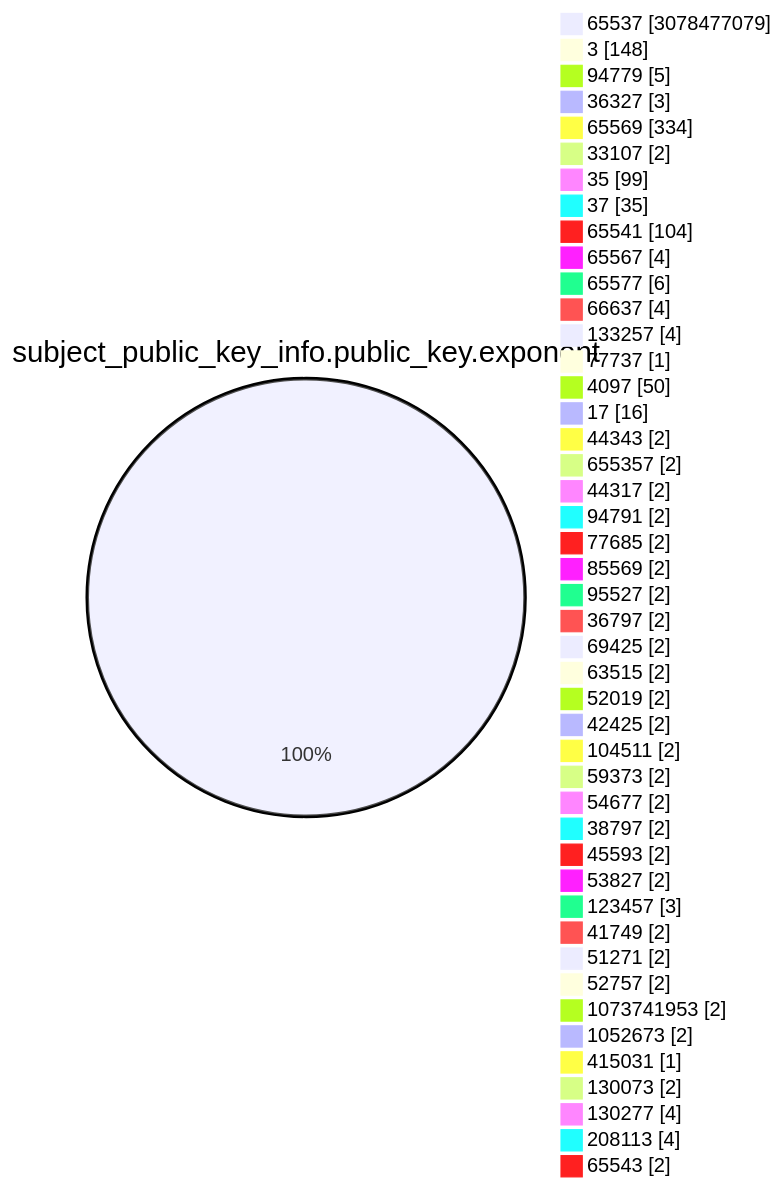
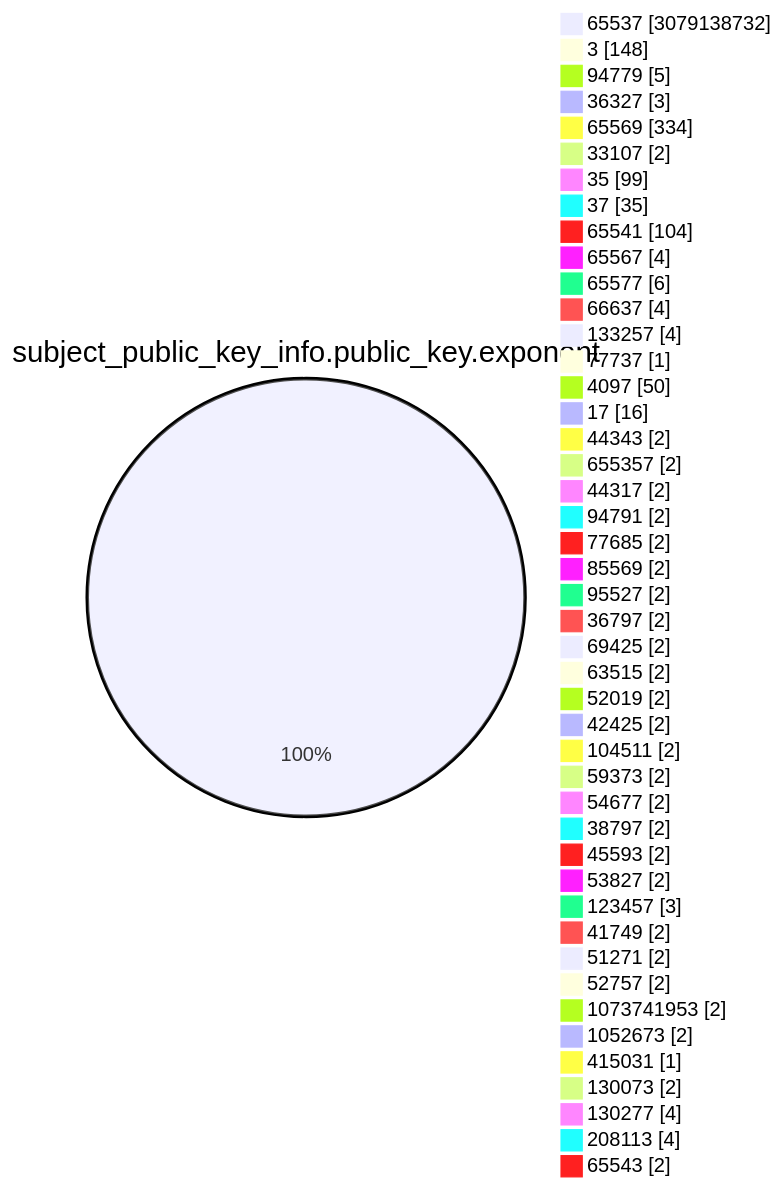
The fourth of 15 diagrams in TOTAL/README.md (christiankrug/ctmonitor_visualization), drawn with Mermaid before and after one commit. The commit also changed other lines of this file, not shown here.

````diff
--- a/TOTAL/README.md
+++ b/TOTAL/README.md
@@ -1473,49 +1473,49 @@
 ```mermaid
 pie showData
 title subject_public_key_info.public_key.exponent
-"65537" :3078477079
+"65537" :3079138732
 "3" :148
 "94779" :5
 "36327" :3
 "65569" :334
 "33107" :2
 "35" :99
 "37" :35
 "65541" :104
 "65567" :4
 "65577" :6
 "66637" :4
 "133257" :4
 "77737" :1
 "4097" :50
 "17" :16
 "44343" :2
 "655357" :2
 "44317" :2
 "94791" :2
 "77685" :2
 "85569" :2
 "95527" :2
 "36797" :2
 "69425" :2
 "63515" :2
 "52019" :2
 "42425" :2
 "104511" :2
 "59373" :2
 "54677" :2
 "38797" :2
 "45593" :2
 "53827" :2
 "123457" :3
 "41749" :2
 "51271" :2
 "52757" :2
 "1073741953" :2
 "1052673" :2
 "415031" :1
 "130073" :2
 "130277" :4
 "208113" :4
 "65543" :2
 ```
````
